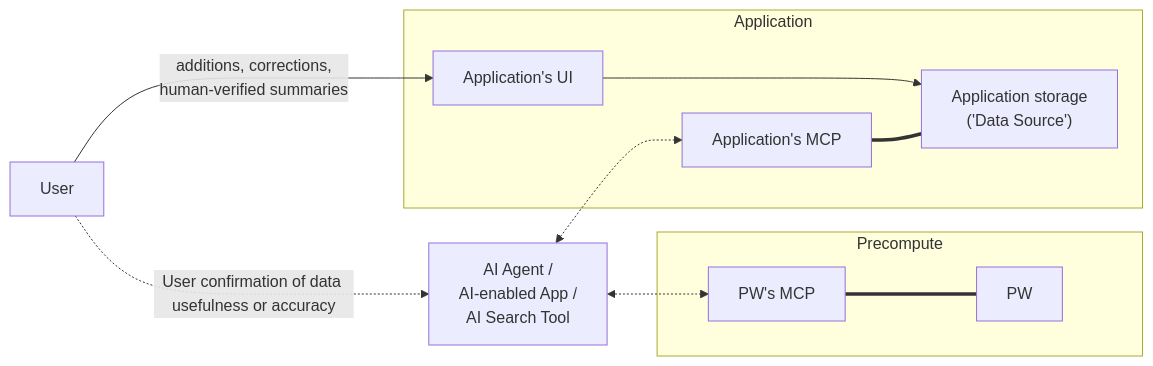
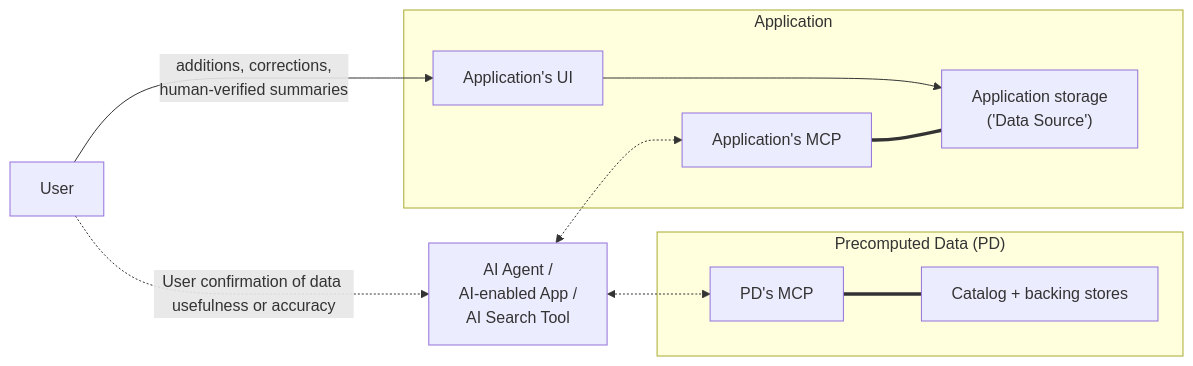
Before and after one commit to navapbc/leverage-inst-knowl: the second of 2 diagrams in lik-architecture.md, drawn with Mermaid. The commit also changed other lines of this file, not shown here.

````diff
--- a/lik-architecture.md
+++ b/lik-architecture.md
@@ -224,19 +246,19 @@
 ```mermaid
 flowchart LR
   User[User] --->|additions, corrections,<br/>human-verified summaries| DS_UI
 
   subgraph Application
     DS["Application storage <br/>('Data Source')"]
     DS_UI["Application's UI"] ---> DS
     DS_MCP["Application's MCP"] === DS
   end
 
-  subgraph Precompute
-    PW_MCP[PW's MCP] === PW
+  subgraph Precomputed Data ["Precomputed Data (PD)"]
+    PD_MCP[PD's MCP] === PD["Catalog + backing stores"]
   end
 
   AI_App[AI Agent /<br/>AI-enabled App /<br/>AI Search Tool]
-  AI_App <-.-> DS_MCP & PW_MCP
+  AI_App <-.-> DS_MCP & PD_MCP
 
   User -.->|User confirmation of data usefulness or accuracy| AI_App
 ```
````
